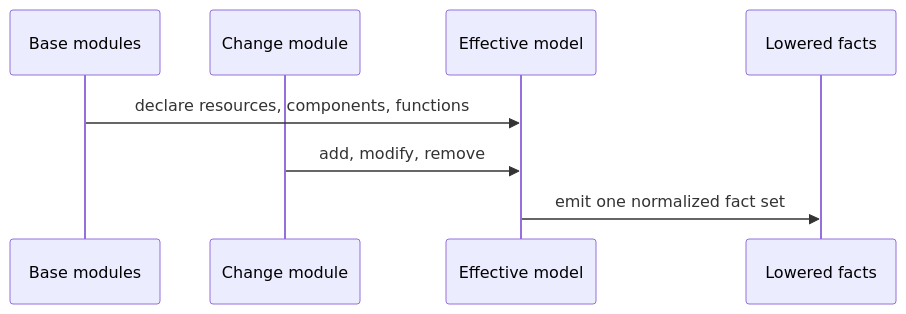
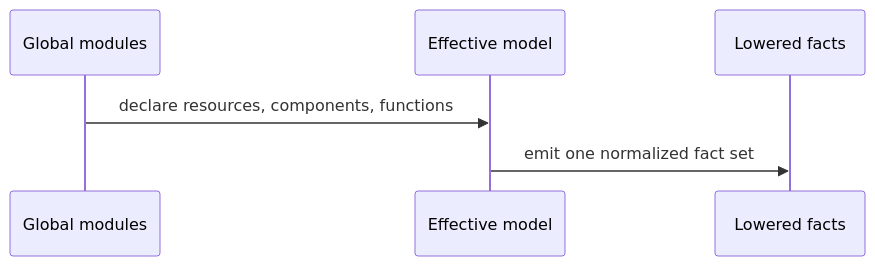
One commit to timbrinded/shapelang changed the second of 3 diagrams in docs-site/src/content/docs/inside-shape/fact-lowering.md. Above: the diagram before and after it, drawn with Mermaid. The commit also changed other lines of this file and 27 other files, not shown here.

````diff
--- a/docs-site/src/content/docs/inside-shape/fact-lowering.md
+++ b/docs-site/src/content/docs/inside-shape/fact-lowering.md
@@ -92,10 +92,8 @@
 ```mermaid
 sequenceDiagram
-  participant Baseline as Base modules
-  participant Change as Change module
+  participant Global as Global modules
   participant Model as Effective model
   participant Facts as Lowered facts
-  Baseline->>Model: declare resources, components, functions
-  Change->>Model: add, modify, remove
+  Global->>Model: declare resources, components, functions
   Model->>Facts: emit one normalized fact set
 ```
````
